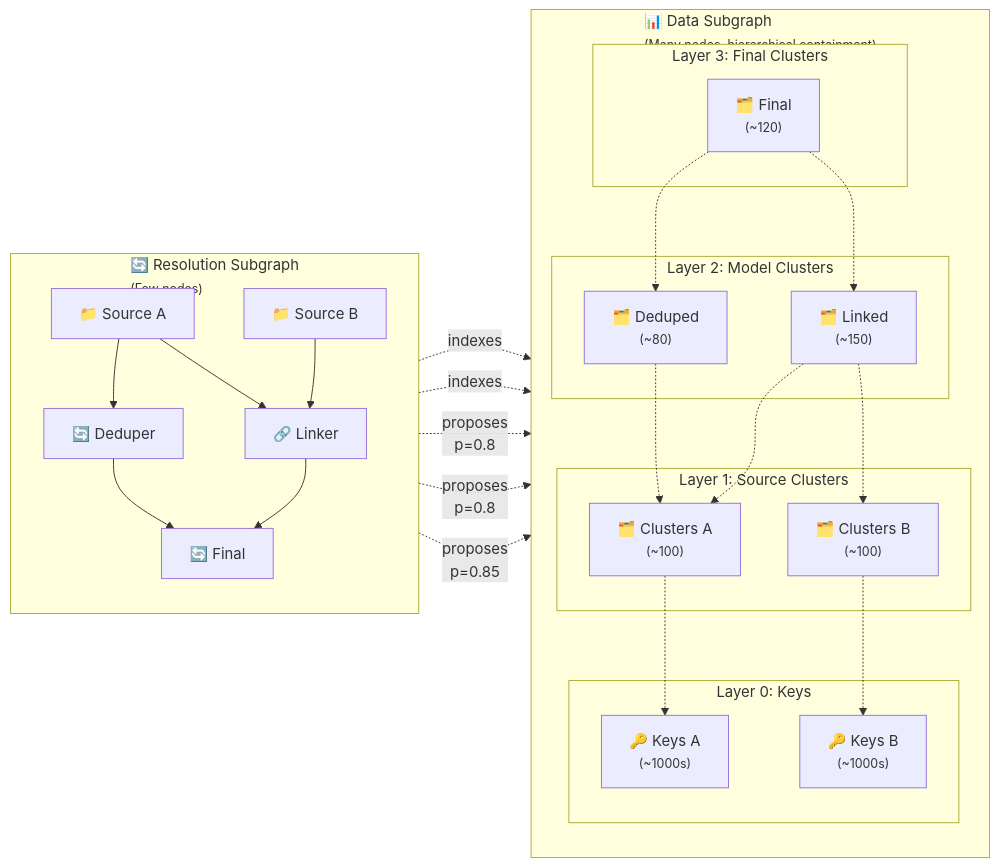
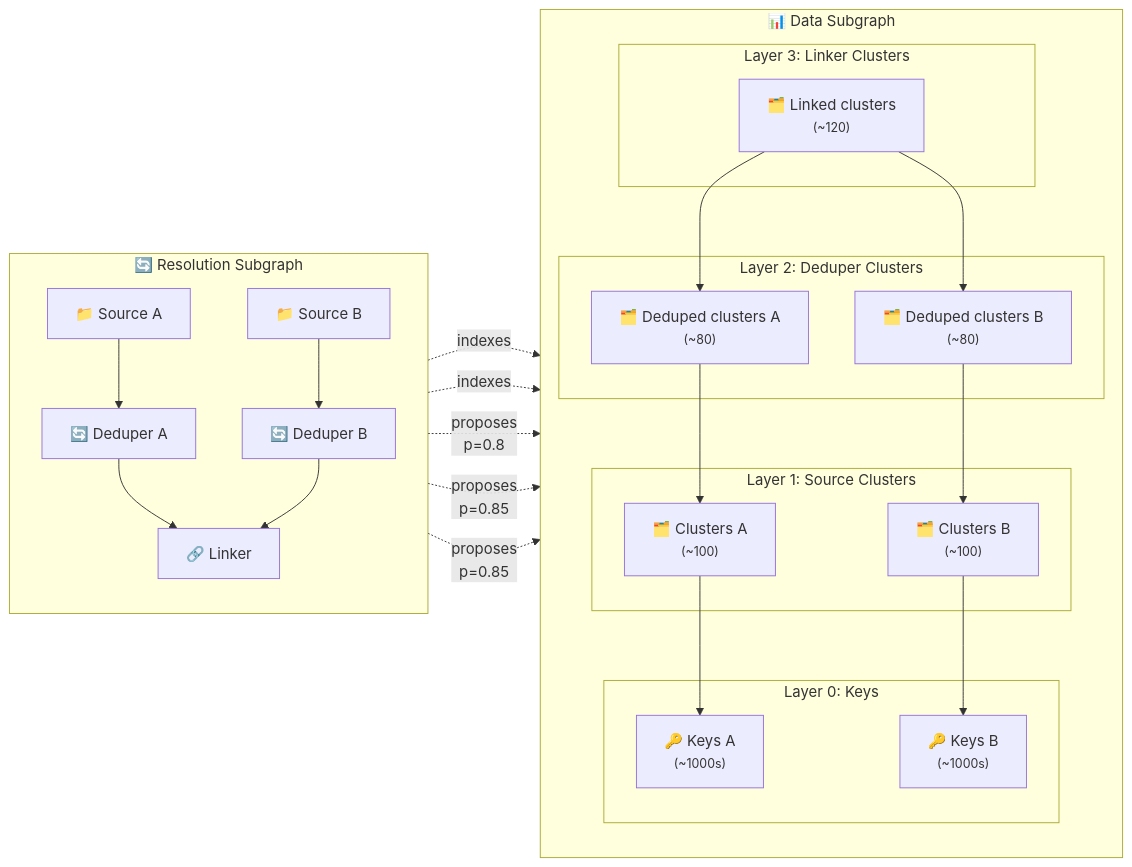
The first of 5 diagrams in docs/server/concepts.md (will-langdale/matchbox), drawn with Mermaid before and after one commit. The commit also changed other lines of this file, not shown here.

````diff
--- a/docs/server/concepts.md
+++ b/docs/server/concepts.md
@@ -14,59 +15,56 @@
 ```mermaid
-graph LR
-    %% Resolution Subgraph (Small)
-    subgraph RSG["🔄 Resolution Subgraph<br/><small>(Few nodes)</small>"]
+ graph LR
+    %% Resolution Subgraph
+    subgraph RSG["🔄 Resolution Subgraph"]
         direction TB
         S1["📁 Source A"]
         S2["📁 Source B"]
-        M1["🔄 Deduper"]
-        M2["🔗 Linker"]
-        M3["🔄 Final"]
+        M1["🔄 Deduper A"]
+        M2["🔄 Deduper B"]
+        M3["🔗 Linker"]
         
         S1 --> M1
-        S1 --> M2
         S2 --> M2
         M1 --> M3
         M2 --> M3
     end
     
-    %% Data Subgraph (Large, hierarchical)
-    subgraph DSG["📊 Data Subgraph<br/><small>(Many nodes, hierarchical containment)</small>"]
+    %% Data Subgraph
+    subgraph DSG["📊 Data Subgraph"]
         direction TB
         
         subgraph L1["Layer 1: Source Clusters"]
             C1["🗂️ Clusters A<br/><small>(~100)</small>"]
             C2["🗂️ Clusters B<br/><small>(~100)</small>"]
         end
         
-        subgraph L2["Layer 2: Model Clusters"]
-            C3["🗂️ Deduped<br/><small>(~80)</small>"]
-            C4["🗂️ Linked<br/><small>(~150)</small>"]
+        subgraph L2["Layer 2: Deduper Clusters"]
+            C3["🗂️ Deduped clusters A<br/><small>(~80)</small>"]
+            C4["🗂️ Deduped clusters B<br/><small>(~80)</small>"]
         end
         
-        subgraph L3["Layer 3: Final Clusters"]
-            C5["🗂️ Final<br/><small>(~120)</small>"]
+        subgraph L3["Layer 3: Linker Clusters"]
+            C5["🗂️ Linked clusters<br/><small>(~120)</small>"]
         end
         
         subgraph L0["Layer 0: Keys"]
             K1["🔑 Keys A<br/><small>(~1000s)</small>"]
             K2["🔑 Keys B<br/><small>(~1000s)</small>"]
         end
         
         %% Containment relationships
-        C3 -.-> C1
-        C4 -.-> C1
-        C4 -.-> C2
-        C5 -.-> C3
-        C5 -.-> C4
-        
-        C1 -.-> K1
-        C2 -.-> K2
+        C1 --> K1
+        C2 --> K2
+        C3 --> C1
+        C4 --> C2
+        C5 --> C3
+        C5 --> C4
     end
     
-    %% Cross-graph relationships (probabilities)
+    %% Cross-graph relationships
     S1 -.->|"indexes"| C1
     S2 -.->|"indexes"| C2
     M1 -.->|"proposes<br/>p=0.8"| C3
-    M2 -.->|"proposes<br/>p=0.8"| C4
+    M2 -.->|"proposes<br/>p=0.85"| C4 
     M3 -.->|"proposes<br/>p=0.85"| C5
 ```
````
